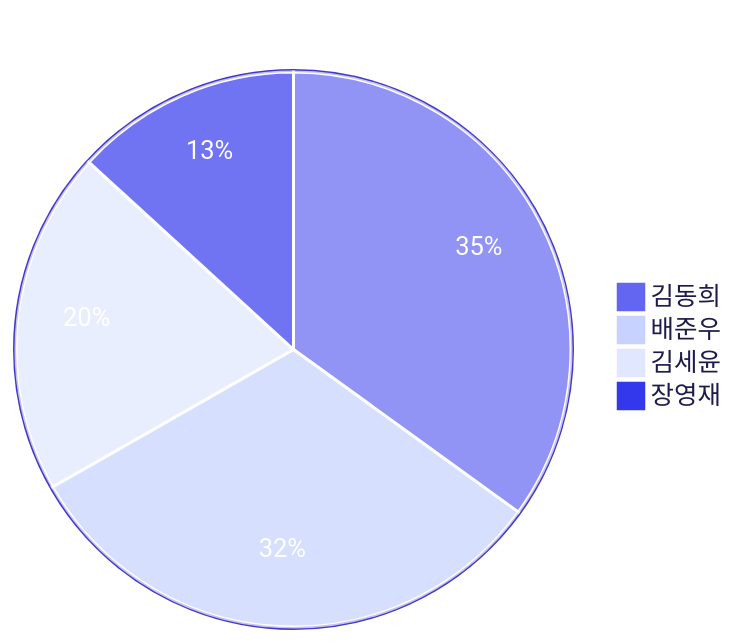
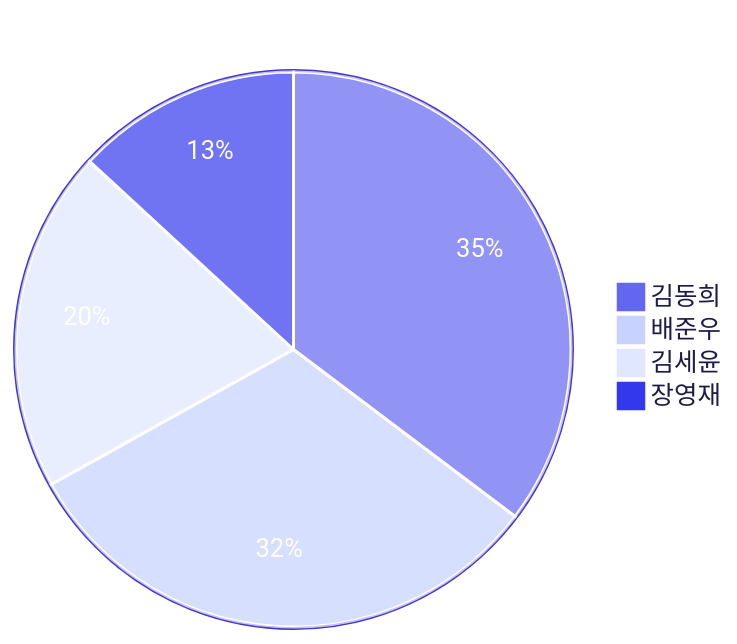
The third of 4 diagrams in README.md (3rd-project-team-1/ALYAC-market-team1), drawn with Mermaid before and after one commit. The commit also changed other lines of this file, not shown here.

Commit message:
docs: 커밋 활동 차트 자동 업데이트 [skip ci]

````diff
--- a/README.md
+++ b/README.md
@@ -430,17 +430,17 @@
 ```mermaid
 %%{init: { 'theme': 'base', 'themeVariables': {
   'primaryColor': '#6366f1',
   'primaryTextColor': '#ffffff',
   'primaryBorderColor': '#4338ca',
   'secondaryColor': '#c7d2fe',
   'tertiaryColor': '#e0e7ff',
   'pieLegendTextColor': '#1e1b4b',
   'pieStrokeColor': '#ffffff',
   'pieOuterStrokeColor': '#4338ca'
 } } }%%
 pie title 기여자별 커밋 수
-  "김동희" : 143
+  "김동희" : 145
   "배준우" : 130
   "김세윤" : 82
   "장영재" : 54
 ```
````
